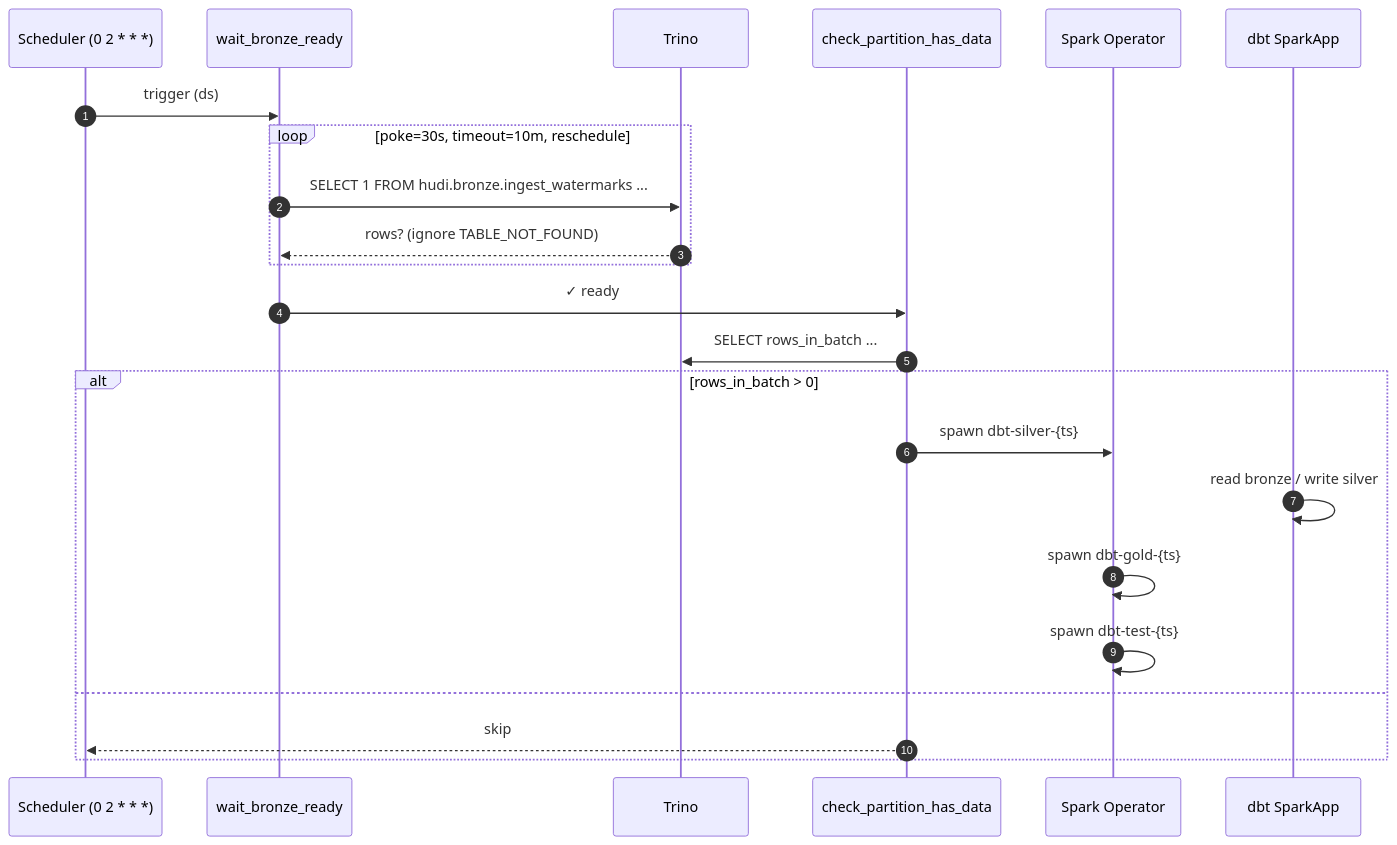
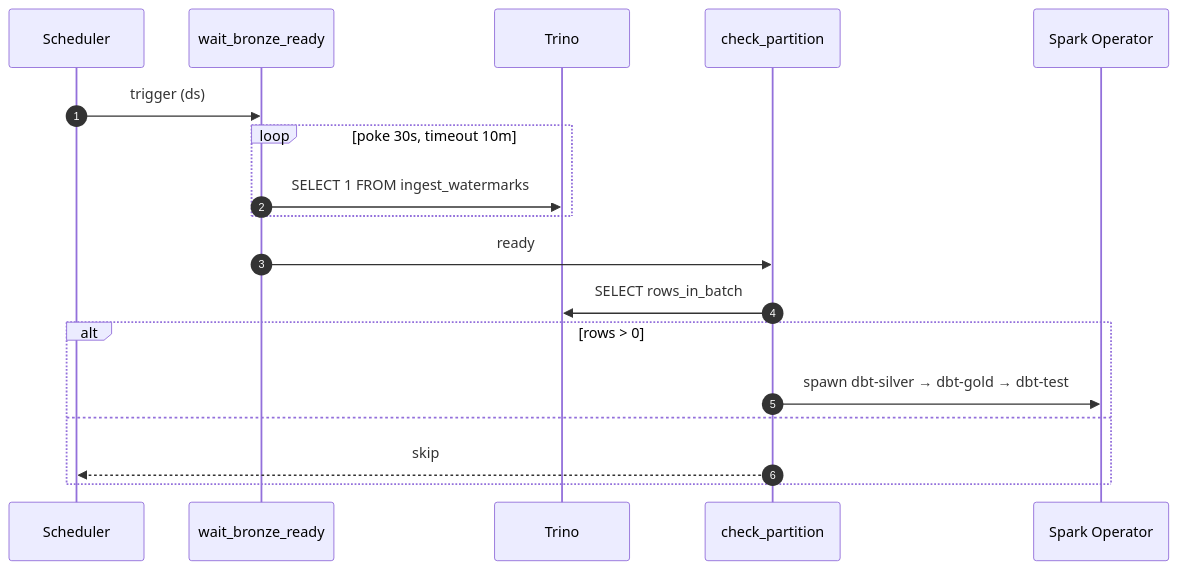
The seventh of 8 diagrams in docs/01-detailed-architecture.md (Alexey-Samodurov/newprolab-de-lab08), drawn with Mermaid before and after one commit. The commit also changed other lines of this file and 2 other files, not shown here.

````diff
--- a/docs/01-detailed-architecture.md
+++ b/docs/01-detailed-architecture.md
@@ -290,26 +252,21 @@
 ```mermaid
 sequenceDiagram
     autonumber
-    participant Cron as Scheduler (0 2 * * *)
+    participant Cron as Scheduler
     participant S as wait_bronze_ready
     participant T as Trino
-    participant SC as check_partition_has_data
+    participant SC as check_partition
     participant SO as Spark Operator
-    participant DBT as dbt SparkApp
 
     Cron->>S: trigger (ds)
-    loop poke=30s, timeout=10m, reschedule
-        S->>T: SELECT 1 FROM hudi.bronze.ingest_watermarks ...
-        T-->>S: rows? (ignore TABLE_NOT_FOUND)
+    loop poke 30s, timeout 10m
+        S->>T: SELECT 1 FROM ingest_watermarks
     end
-    S->>SC: ✓ ready
-    SC->>T: SELECT rows_in_batch ...
-    alt rows_in_batch > 0
-        SC->>SO: spawn dbt-silver-{ts}
-        DBT->>DBT: read bronze / write silver
-        SO->>SO: spawn dbt-gold-{ts}
-        SO->>SO: spawn dbt-test-{ts}
+    S->>SC: ready
+    SC->>T: SELECT rows_in_batch
+    alt rows > 0
+        SC->>SO: spawn dbt-silver → dbt-gold → dbt-test
     else
         SC-->>Cron: skip
     end
 ```
````
